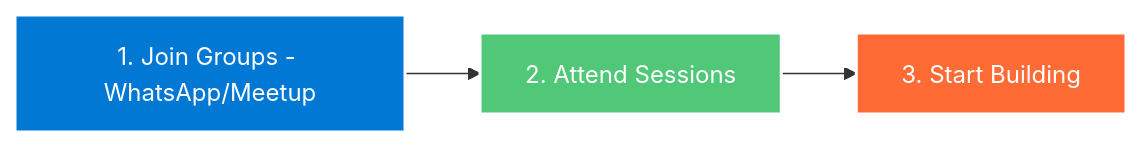
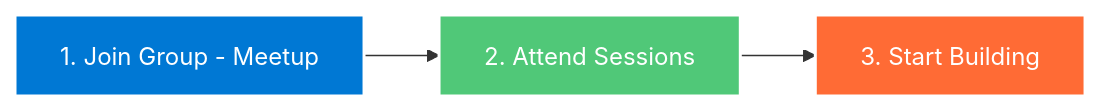
The diagram in README.md (AzureNigeria/.github), drawn with Mermaid before and after one commit.

Commit message:
organization readme file

````diff
--- a/README.md
+++ b/README.md
@@ -101,8 +101,8 @@
 ```mermaid
 graph LR
-    A["1. Join Groups - WhatsApp/Meetup"] --> B[2. Attend Sessions]
+    A["1. Join Group - Meetup"] --> B[2. Attend Sessions]
     B --> C[3. Start Building]
     style A fill:#0078D4,stroke:#fff,stroke-width:2px,color:#fff
     style B fill:#50C878,stroke:#fff,stroke-width:2px,color:#fff
     style C fill:#FF6B35,stroke:#fff,stroke-width:2px,color:#fff
 ```
````
